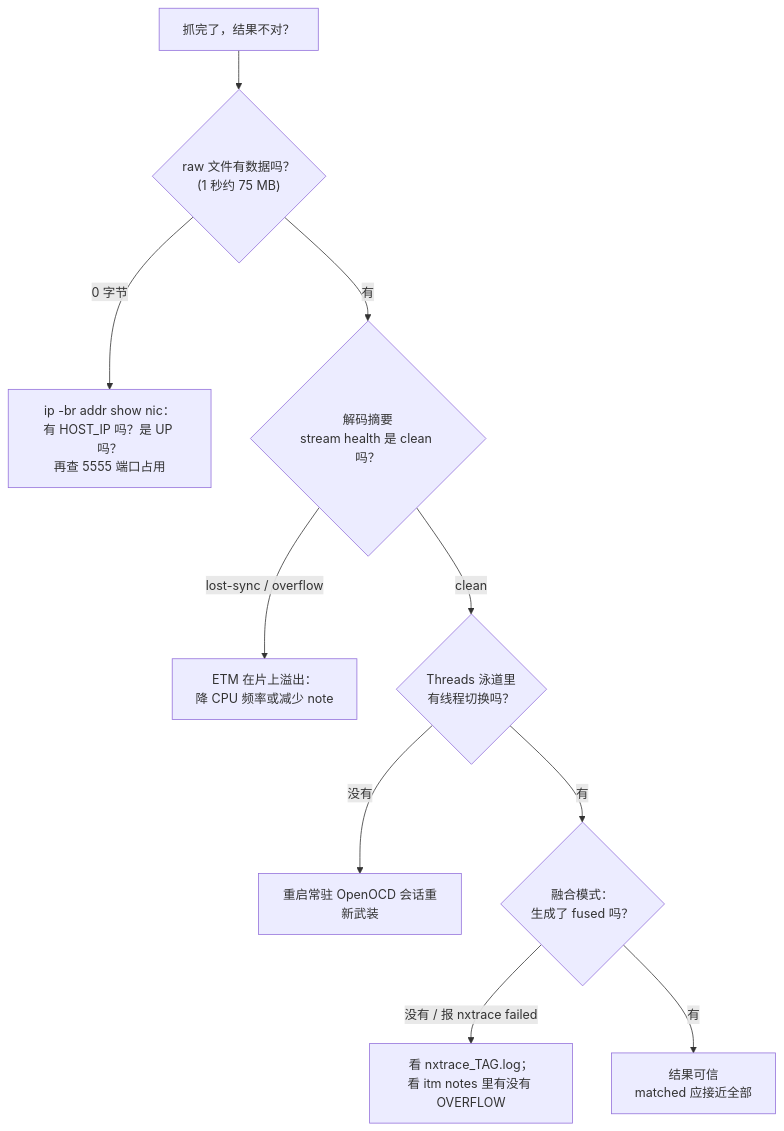
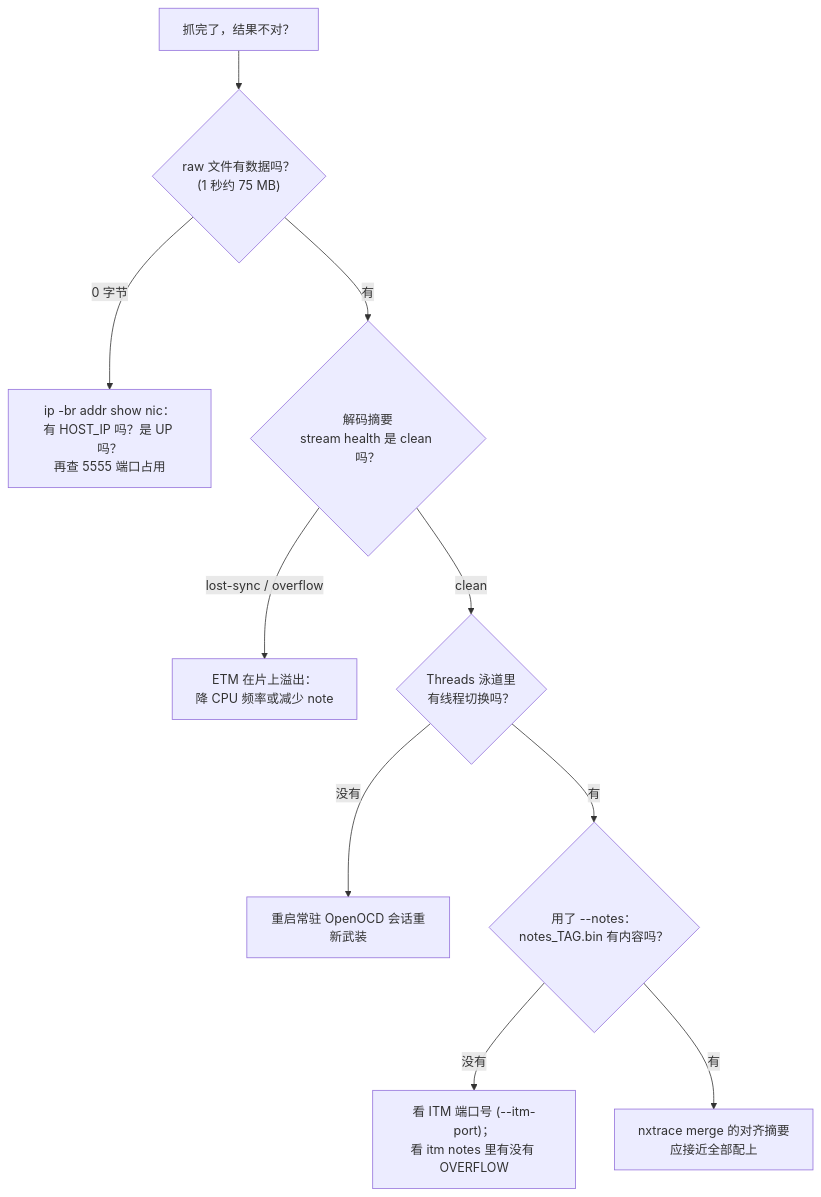
Before and after one commit to FASTSHIFT/cortrace: the fifth of 5 diagrams in docs/04-user-guide.md, drawn with Mermaid. The commit also changed other lines of this file and 4 other files, not shown here.

First line of the commit message:
docs: describe cortrace as hardware-only and merging with nxtrace merge

````diff
--- a/docs/04-user-guide.md
+++ b/docs/04-user-guide.md
@@ -473,12 +422,12 @@
 ```mermaid
 flowchart TD
     S["抓完了，结果不对？"] --> Q1{"raw 文件有数据吗？<br/>(1 秒约 75 MB)"}
     Q1 -->|"0 字节"| A1["ip -br addr show nic：<br/>有 HOST_IP 吗？是 UP 吗？<br/>再查 5555 端口占用"]
     Q1 -->|"有"| Q2{"解码摘要<br/>stream health 是 clean 吗？"}
     Q2 -->|"lost-sync / overflow"| A2["ETM 在片上溢出：<br/>降 CPU 频率或减少 note"]
     Q2 -->|"clean"| Q3{"Threads 泳道里<br/>有线程切换吗？"}
     Q3 -->|"没有"| A3["重启常驻 OpenOCD 会话重新武装"]
-    Q3 -->|"有"| Q4{"融合模式：<br/>生成了 fused 吗？"}
-    Q4 -->|"没有 / 报 nxtrace failed"| A4["看 nxtrace_TAG.log；<br/>看 itm notes 里有没有 OVERFLOW"]
-    Q4 -->|"有"| OK["结果可信<br/>matched 应接近全部"]
+    Q3 -->|"有"| Q4{"用了 --notes：<br/>notes_TAG.bin 有内容吗？"}
+    Q4 -->|"没有"| A4["看 ITM 端口号 (--itm-port)；<br/>看 itm notes 里有没有 OVERFLOW"]
+    Q4 -->|"有"| OK["nxtrace merge 的对齐摘要<br/>应接近全部配上"]
 ```
````
